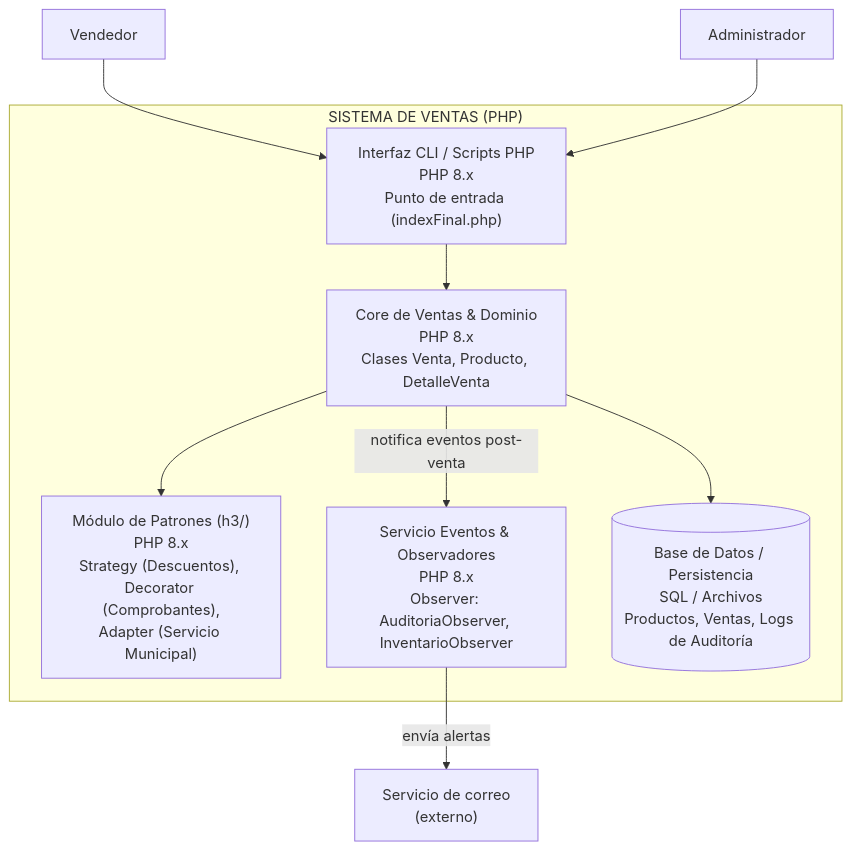
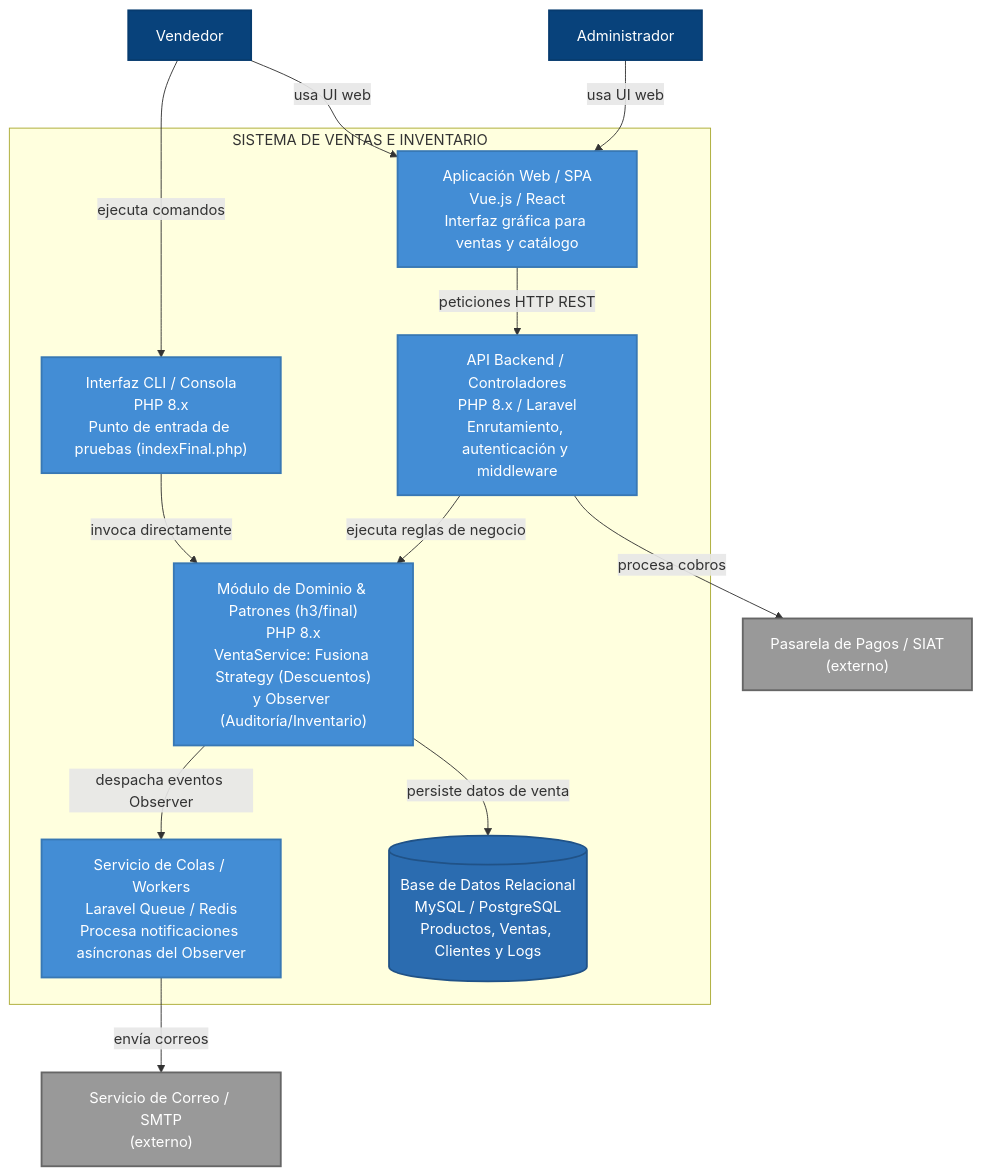
The second of 2 diagrams in h4/README.md (goldenBoy16/expediente-arq-rodriguez), drawn with Mermaid before and after one commit. The commit also changed other lines of this file, not shown here.

Commit message:
correcciones

````diff
--- a/h4/README.md
+++ b/h4/README.md
@@ -23,23 +27,34 @@
 ```mermaid
 graph TD    
+    classDef actor fill:#08427b,color:#fff,stroke:#073b6f,stroke-width:2px;
+    classDef container fill:#438dd5,color:#fff,stroke:#3878b4,stroke-width:2px;
+    classDef db fill:#2b6cb0,color:#fff,stroke:#205287,stroke-width:2px;
+    classDef external fill:#999999,color:#fff,stroke:#666666,stroke-width:2px;
+
     vendedor["Vendedor"]:::actor
     admin["Administrador"]:::actor
 
-    subgraph sistemaBoundary ["SISTEMA DE VENTAS (PHP)"]
-        cliApp["Interfaz CLI / Scripts PHP<br/>PHP 8.x<br/>Punto de entrada (indexFinal.php)"]:::container
-        coreVentas["Core de Ventas & Dominio<br/>PHP 8.x<br/>Clases Venta, Producto, DetalleVenta"]:::container
-        patronesModule["Módulo de Patrones (h3/)<br/>PHP 8.x<br/>Strategy (Descuentos), Decorator (Comprobantes),<br/>Adapter (Servicio Municipal)"]:::container
-        servicioObserver["Servicio Eventos & Observadores<br/>PHP 8.x<br/>Observer: AuditoriaObserver, InventarioObserver"]:::container
-        db[("Base de Datos / Persistencia<br/>SQL / Archivos<br/>Productos, Ventas, Logs de Auditoría")]:::db
+    subgraph sistemaBoundary ["SISTEMA DE VENTAS E INVENTARIO"]
+        webApp["Aplicación Web / SPA<br/>Vue.js / React<br/>Interfaz gráfica para ventas y catálogo"]:::container
+        cliApp["Interfaz CLI / Consola<br/>PHP 8.x<br/>Punto de entrada de pruebas (indexFinal.php)"]:::container
+        apiBackend["API Backend / Controladores<br/>PHP 8.x / Laravel<br/>Enrutamiento, autenticación y middleware"]:::container
+        corePatrones["Módulo de Dominio & Patrones (h3/final)<br/>PHP 8.x<br/>VentaService: Fusiona Strategy (Descuentos)<br/>y Observer (Auditoría/Inventario)"]:::container
+        queueWorker["Servicio de Colas / Workers<br/>Laravel Queue / Redis<br/>Procesa notificaciones asíncronas del Observer"]:::container
+        db[("Base de Datos Relacional<br/>MySQL / PostgreSQL<br/>Productos, Ventas, Clientes y Logs")]:::db
     end
 
-    correo["Servicio de correo<br/>(externo)"]:::external
+    correo["Servicio de Correo / SMTP<br/>(externo)"]:::external
+    pasarela["Pasarela de Pagos / SIAT<br/>(externo)"]:::external
 
-    vendedor --> cliApp
-    admin --> cliApp
-    cliApp --> coreVentas
-    coreVentas --> patronesModule
-    coreVentas -->|notifica eventos post-venta| servicioObserver
-    coreVentas --> db
-    servicioObserver -->|envía alertas| correo
+    vendedor -->|usa UI web| webApp
+    vendedor -->|ejecuta comandos| cliApp
+    admin -->|usa UI web| webApp
+
+    webApp -->|peticiones HTTP REST| apiBackend
+    cliApp -->|invoca directamente| corePatrones
+    apiBackend -->|ejecuta reglas de negocio| corePatrones
+    corePatrones -->|persiste datos de venta| db
+    corePatrones -->|despacha eventos Observer| queueWorker
+    queueWorker -->|envía correos| correo
+    apiBackend -->|procesa cobros| pasarela
 ```
````
